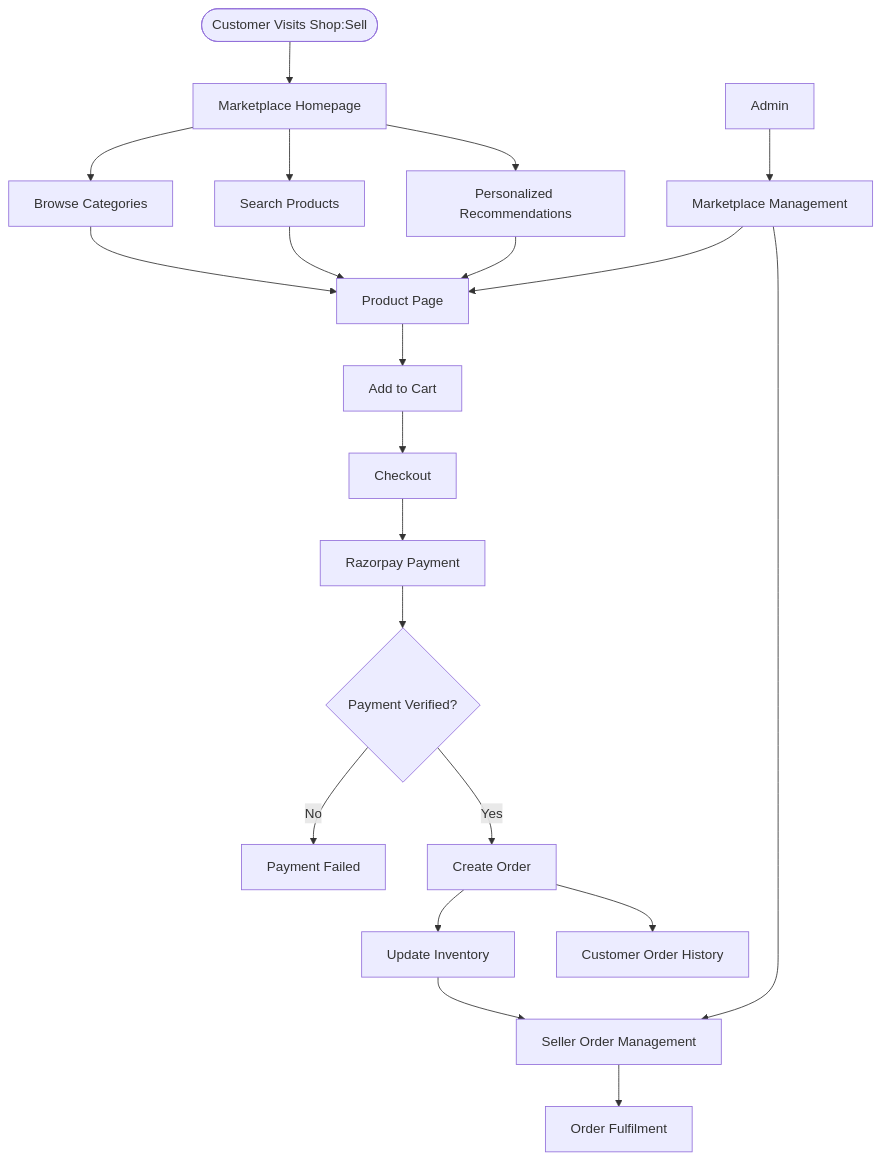
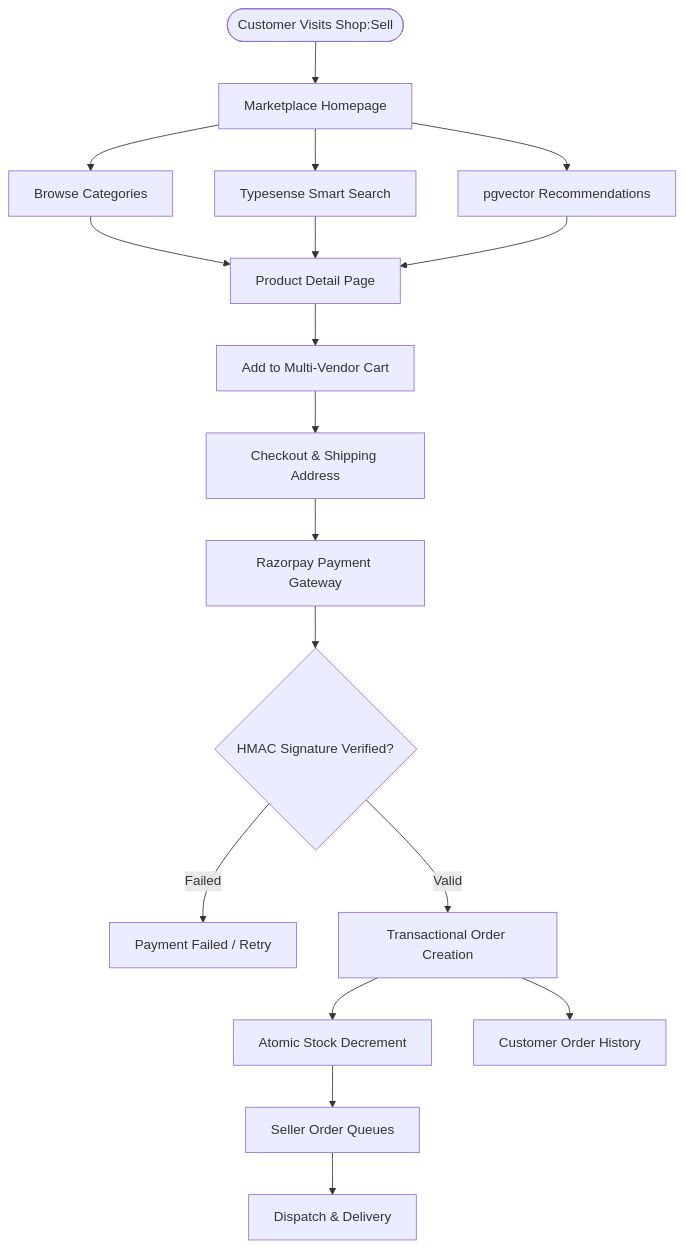
Before and after one commit to jathinreddy-5/Shop-Sell: the second of 6 diagrams in README.md, drawn with Mermaid. The commit also changed other lines of this file, not shown here.

````diff
--- a/README.md
+++ b/README.md
@@ -193,36 +188,25 @@
 ```mermaid
 flowchart TD
-    Start([Customer Visits Shop:Sell])
-
-    Start --> Home[Marketplace Homepage]
+    Start([Customer Visits Shop:Sell]) --> Home[Marketplace Homepage]
 
     Home --> Browse[Browse Categories]
-    Home --> Search[Search Products]
-    Home --> Recommend[Personalized Recommendations]
+    Home --> Search[Typesense Smart Search]
+    Home --> Recommend[pgvector Recommendations]
 
-    Browse --> Product[Product Page]
+    Browse --> Product[Product Detail Page]
     Search --> Product
     Recommend --> Product
 
-    Product --> Cart[Add to Cart]
+    Product --> Cart[Add to Multi-Vendor Cart]
+    Cart --> Checkout[Checkout & Shipping Address]
+    Checkout --> Payment[Razorpay Payment Gateway]
 
-    Cart --> Checkout[Checkout]
+    Payment --> Verify{HMAC Signature Verified?}
+    Verify -->|Failed| Failed[Payment Failed / Retry]
+    Verify -->|Valid| Order[Transactional Order Creation]
 
-    Checkout --> Payment[Razorpay Payment]
-
-    Payment --> Verify{Payment Verified?}
-
-    Verify -->|No| Failed[Payment Failed]
-    Verify -->|Yes| Order[Create Order]
-
-    Order --> Inventory[Update Inventory]
-    Inventory --> Seller[Seller Order Management]
-
-    Seller --> Fulfilment[Order Fulfilment]
-
+    Order --> Inventory[Atomic Stock Decrement]
+    Inventory --> Seller[Seller Order Queues]
+    Seller --> Fulfilment[Dispatch & Delivery]
     Order --> CustomerOrder[Customer Order History]
-
-    Admin[Admin] --> Manage[Marketplace Management]
-    Manage --> Seller
-    Manage --> Product
 ```
````
